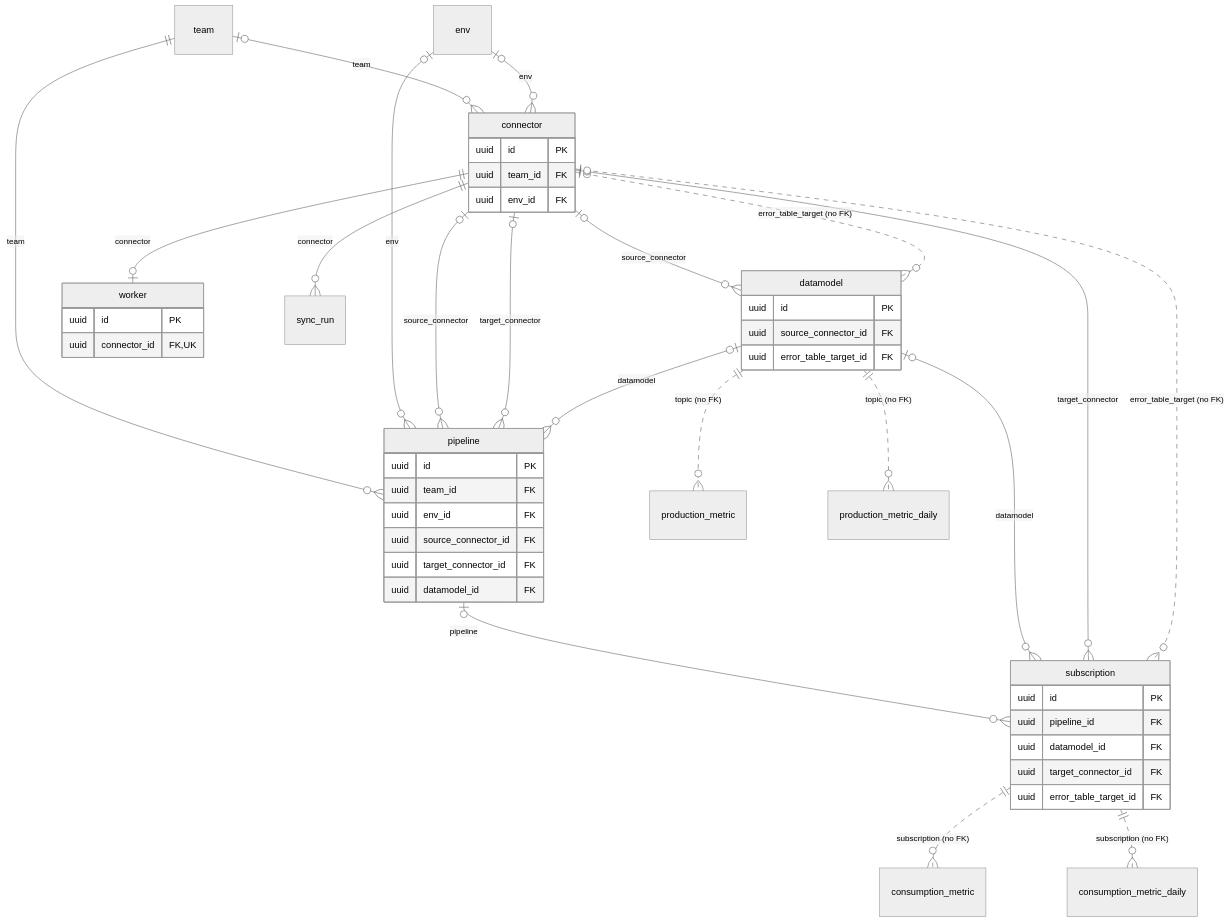
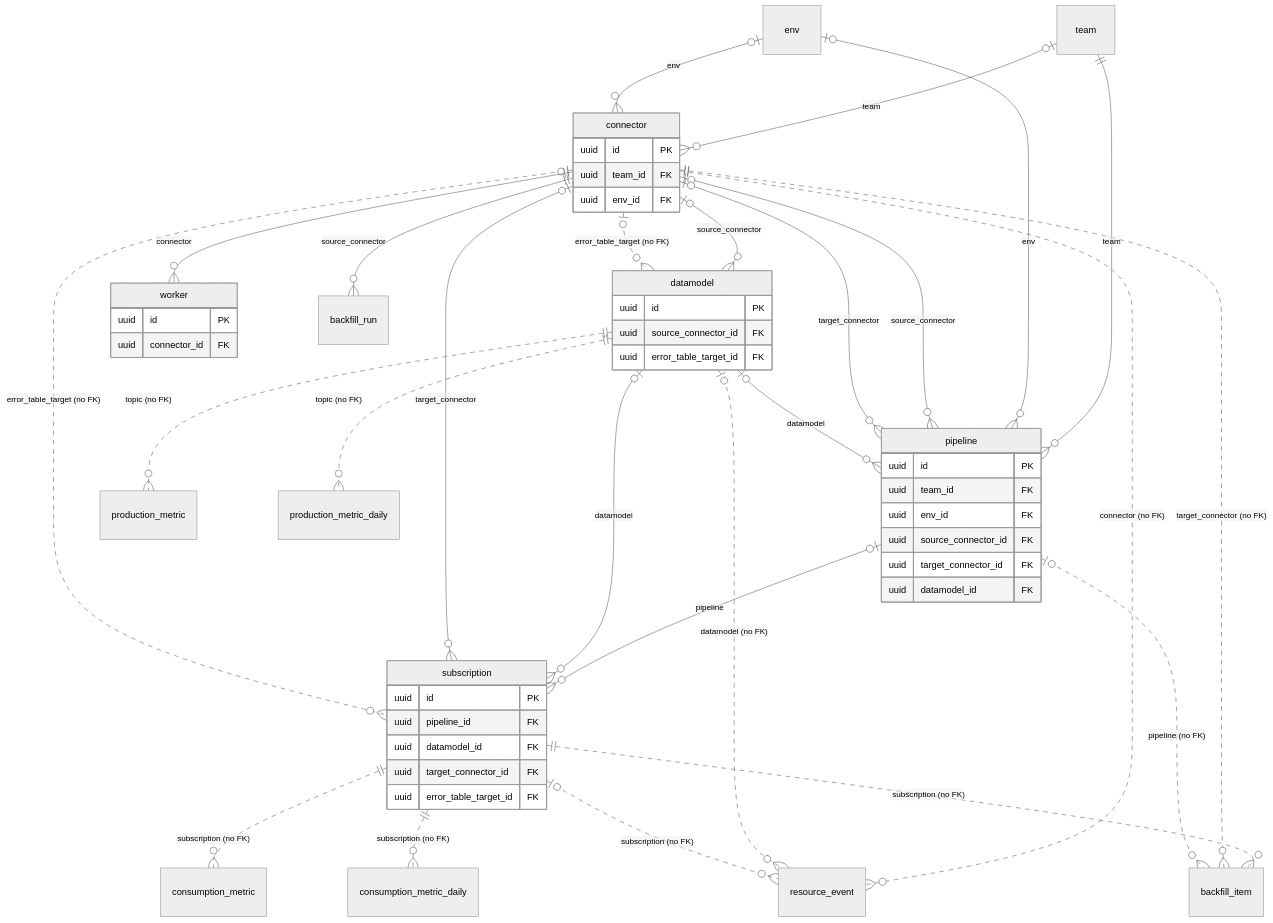
The third of 7 diagrams in deployment/reference/data-model.mdx (Popsink/docs), drawn with Mermaid (neutral theme) before and after one commit. The commit also changed other lines of this file and 9 other files, not shown here.

````diff
--- a/deployment/reference/data-model.mdx
+++ b/deployment/reference/data-model.mdx
@@ -315,58 +346,66 @@
 ```mermaid
 erDiagram
     connector {
         uuid id PK
         uuid team_id FK
         uuid env_id FK
     }
     datamodel {
         uuid id PK
         uuid source_connector_id FK
         uuid error_table_target_id FK
     }
     pipeline {
         uuid id PK
         uuid team_id FK
         uuid env_id FK
         uuid source_connector_id FK
         uuid target_connector_id FK
         uuid datamodel_id FK
     }
     subscription {
         uuid id PK
         uuid pipeline_id FK
         uuid datamodel_id FK
         uuid target_connector_id FK
         uuid error_table_target_id FK
     }
     worker {
         uuid id PK
-        uuid connector_id FK, UK
+        uuid connector_id FK
     }
+    backfill_item
+    backfill_run
     consumption_metric
     consumption_metric_daily
     env
     production_metric
     production_metric_daily
-    sync_run
+    resource_event
     team
     team |o--o{ connector : "team"
     env |o--o{ connector : "env"
     connector |o--o{ datamodel : "source_connector"
     connector |o..o{ datamodel : "error_table_target (no FK)"
     team ||--o{ pipeline : "team"
     env |o--o{ pipeline : "env"
     connector |o--o{ pipeline : "source_connector"
     connector |o--o{ pipeline : "target_connector"
     datamodel |o--o{ pipeline : "datamodel"
     pipeline |o--o{ subscription : "pipeline"
     datamodel |o--o{ subscription : "datamodel"
     connector |o--o{ subscription : "target_connector"
     connector |o..o{ subscription : "error_table_target (no FK)"
-    connector ||--o| worker : "connector"
+    connector ||--o{ worker : "connector"
     subscription ||..o{ consumption_metric : "subscription (no FK)"
     subscription ||..o{ consumption_metric_daily : "subscription (no FK)"
     datamodel ||..o{ production_metric : "topic (no FK)"
     datamodel ||..o{ production_metric_daily : "topic (no FK)"
-    connector ||--o{ sync_run : "connector"
+    subscription ||..o{ backfill_item : "subscription (no FK)"
+    connector ||..o{ backfill_item : "target_connector (no FK)"
+    pipeline |o..o{ backfill_item : "pipeline (no FK)"
+    connector ||--o{ backfill_run : "source_connector"
+    connector ||..o{ resource_event : "connector (no FK)"
+    datamodel |o..o{ resource_event : "datamodel (no FK)"
+    subscription |o..o{ resource_event : "subscription (no FK)"
 ```
````
